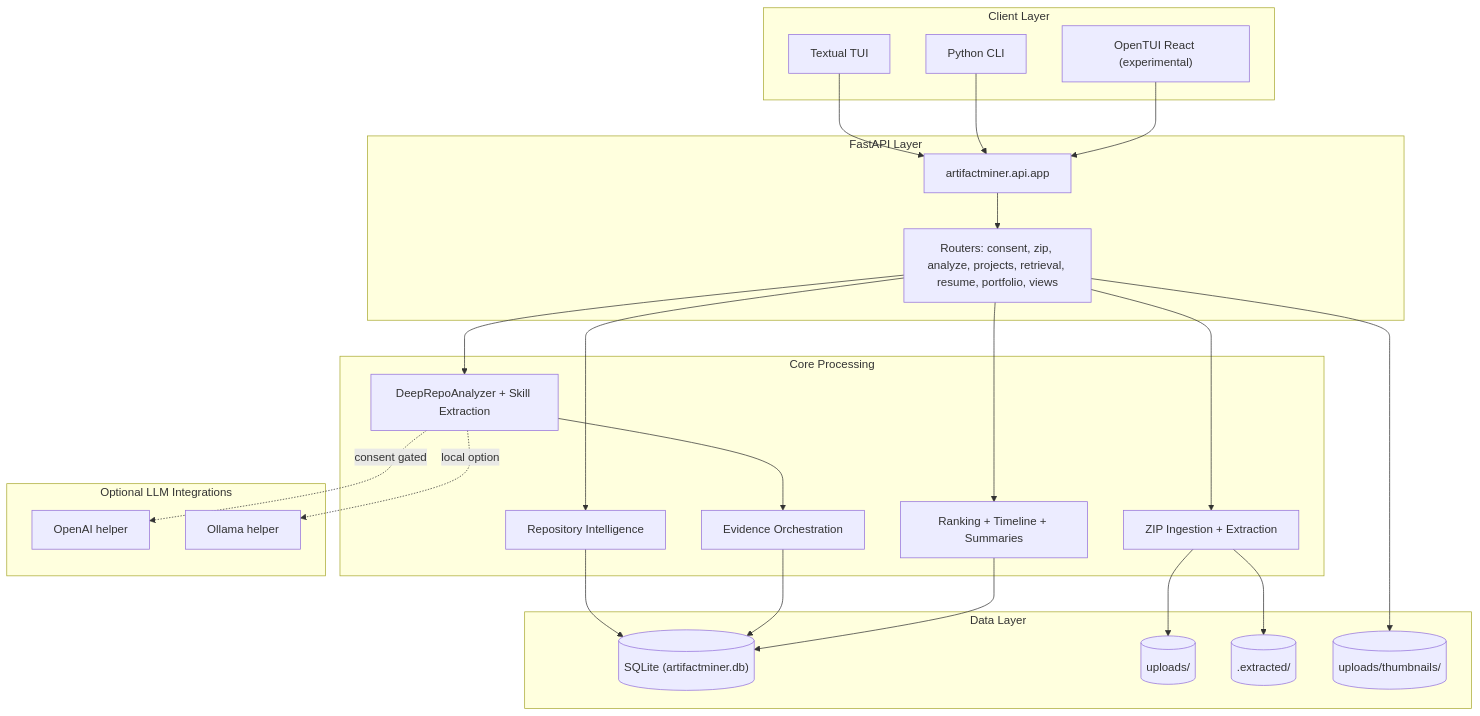
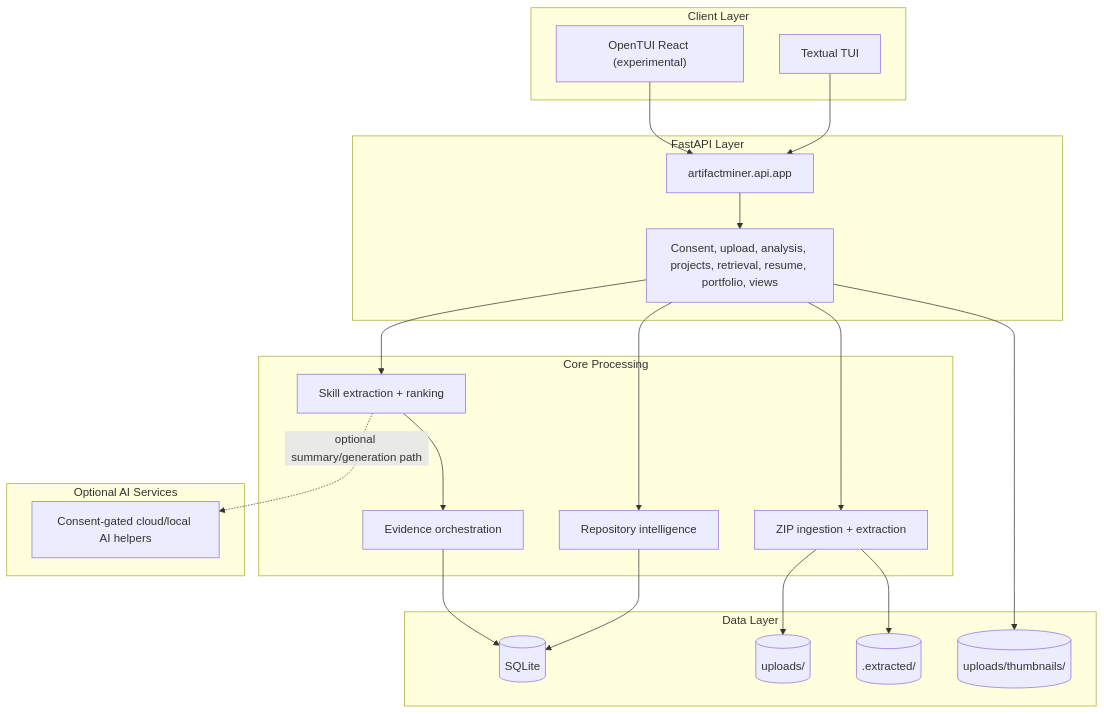
The first of 2 diagrams in README.md (COSC-499-W2025/capstone-project-team-1), drawn with Mermaid before and after one commit. The commit also changed other lines of this file and 3 other files, not shown here.

````diff
--- a/README.md
+++ b/README.md
@@ -19,55 +23,47 @@
 ```mermaid
 flowchart TB
     subgraph Clients["Client Layer"]
         TUI["Textual TUI"]
-        CLI["Python CLI"]
         React["OpenTUI React (experimental)"]
     end
 
     subgraph API["FastAPI Layer"]
         Gateway["artifactminer.api.app"]
-        Routers["Routers: consent, zip, analyze, projects, retrieval, resume, portfolio, views"]
+        Routers["Consent, upload, analysis, projects, retrieval, resume, portfolio, views"]
     end
 
     subgraph Core["Core Processing"]
-        Ingest["ZIP Ingestion + Extraction"]
-        RepoIntel["Repository Intelligence"]
-        Skills["DeepRepoAnalyzer + Skill Extraction"]
-        Evidence["Evidence Orchestration"]
-        Ranking["Ranking + Timeline + Summaries"]
+        Ingest["ZIP ingestion + extraction"]
+        RepoIntel["Repository intelligence"]
+        Skills["Skill extraction + ranking"]
+        Evidence["Evidence orchestration"]
     end
 
-    subgraph Integrations["Optional LLM Integrations"]
-        OpenAI["OpenAI helper"]
-        Ollama["Ollama helper"]
+    subgraph Integrations["Optional AI Services"]
+        AI["Consent-gated cloud/local AI helpers"]
     end
 
     subgraph Data["Data Layer"]
-        SQLite[("SQLite (artifactminer.db)")]
+        SQLite[("SQLite")]
         Uploads[("uploads/")]
         Extracted[(".extracted/")]
         Thumbs[("uploads/thumbnails/")]
     end
 
     TUI --> Gateway
-    CLI --> Gateway
     React --> Gateway
     Gateway --> Routers
 
     Routers --> Ingest
     Ingest --> Uploads
     Ingest --> Extracted
 
     Routers --> RepoIntel
     Routers --> Skills
     Skills --> Evidence
-    Routers --> Ranking
 
     RepoIntel --> SQLite
     Evidence --> SQLite
-    Ranking --> SQLite
     Routers --> Thumbs
-
-    Skills -. consent gated .-> OpenAI
-    Skills -. local option .-> Ollama
+    Skills -. optional summary/generation path .-> AI
 ```
````
